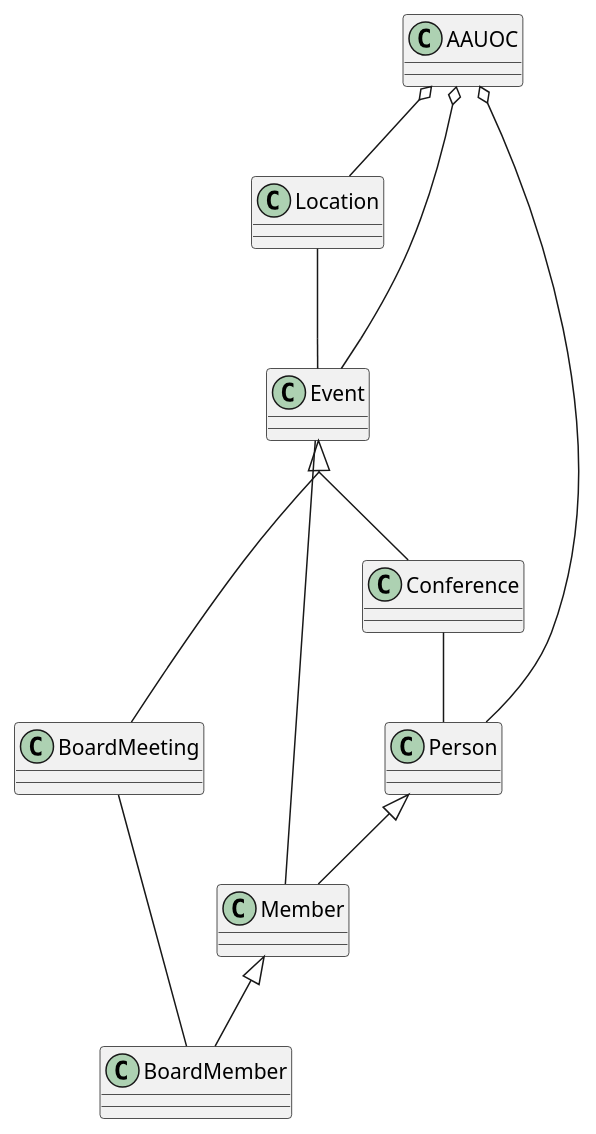
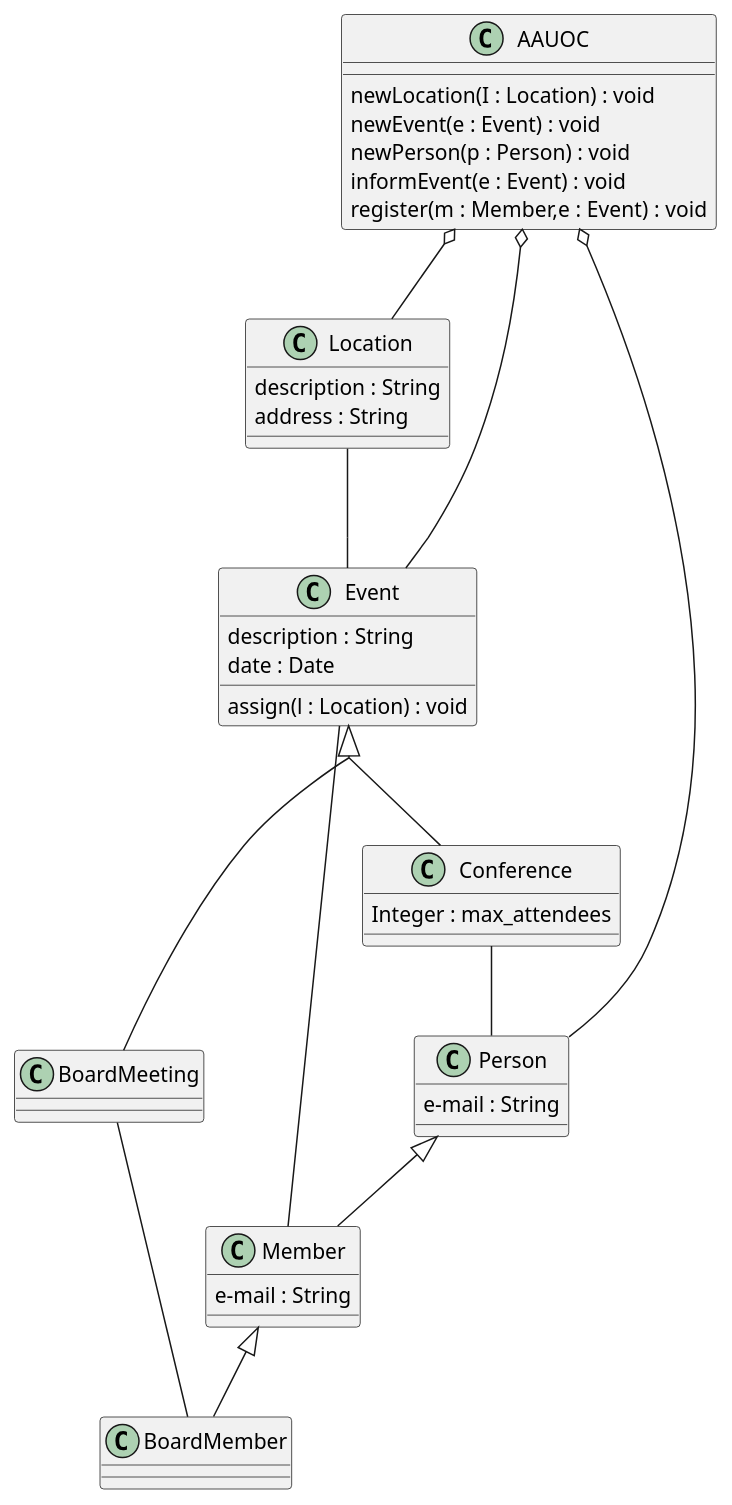
One commit to vicbermad/DiagramasUMLClases changed the diagram in src/DiagramasUMLClases.puml. Above: the diagram before and after it, drawn with PlantUML.

Commit message:
Inclusión de atributos y métodos.

```diff
--- a/src/DiagramasUMLClases.puml
+++ b/src/DiagramasUMLClases.puml
@@ -1,35 +1,54 @@
 @startuml
 skinparam groupInheritance 2
 
-class Member
+class Member {
+    e-mail : String
+}
 
 Class BoardMember
 
-Class Event
+Class Event {
+    description : String
+    date : Date
+    assign(l : Location) : void
+}
 
-Class Conference
+Class Conference {
+    Integer : max_attendees
+}
 
 Class BoardMeeting
 
-Class Location
+Class Location{
+    description : String
+    address : String
+}
 
-Class Person
+Class Person{
+    e-mail : String
+}
 
-Class AAUOC
+Class AAUOC {
+    newLocation(I : Location) : void
+    newEvent(e : Event) : void
+    newPerson(p : Person) : void
+    informEvent(e : Event) : void
+    register(m : Member,e : Event) : void
+}
 
 Event <|-- Conference
 Event <|-- BoardMeeting
 
 Person <|-- Member
 Member <|-- BoardMember
 
 AAUOC o-- Person
 AAUOC o-- Location
 AAUOC o-- Event
 
 Location -- Event
 Event -- Member
 
 BoardMeeting -- BoardMember
 Conference -- Person
 @enduml
```
